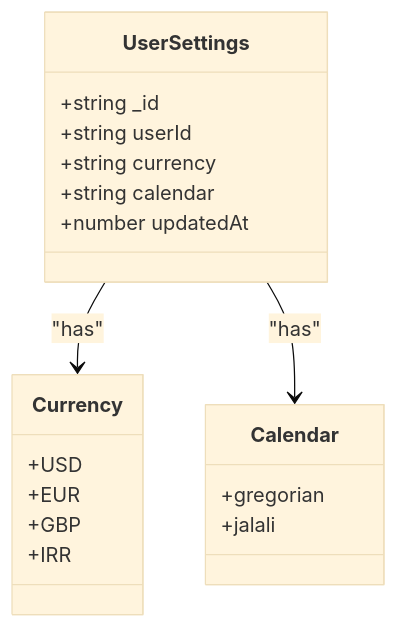
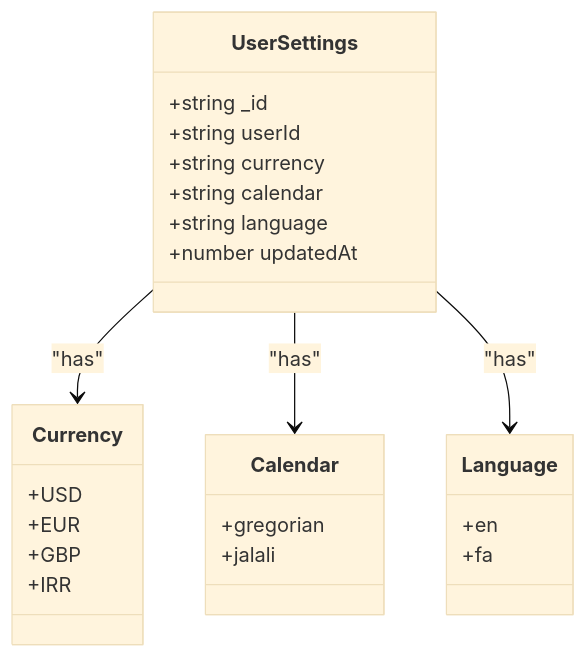
One commit to amiirbazzii/Expense-Tracker---Warp changed the first of 6 diagrams in .qoder/repowiki/en/content/API Reference/User Settings API.md. Above: the diagram before and after it, drawn with Mermaid (base theme). The commit also changed other lines of this file and 16 other files, not shown here.

````diff
--- a/.qoder/repowiki/en/content/API Reference/User Settings API.md
+++ b/.qoder/repowiki/en/content/API Reference/User Settings API.md
@@ -67,22 +78,28 @@
 ```mermaid
 classDiagram
 class UserSettings {
 +string _id
 +string userId
 +string currency
 +string calendar
++string language
 +number updatedAt
 }
 class Currency {
 +USD
 +EUR
 +GBP
 +IRR
 }
 class Calendar {
 +gregorian
 +jalali
 }
+class Language {
++en
++fa
+}
 UserSettings --> Currency : "has"
 UserSettings --> Calendar : "has"
+UserSettings --> Language : "has"
 ```
````
